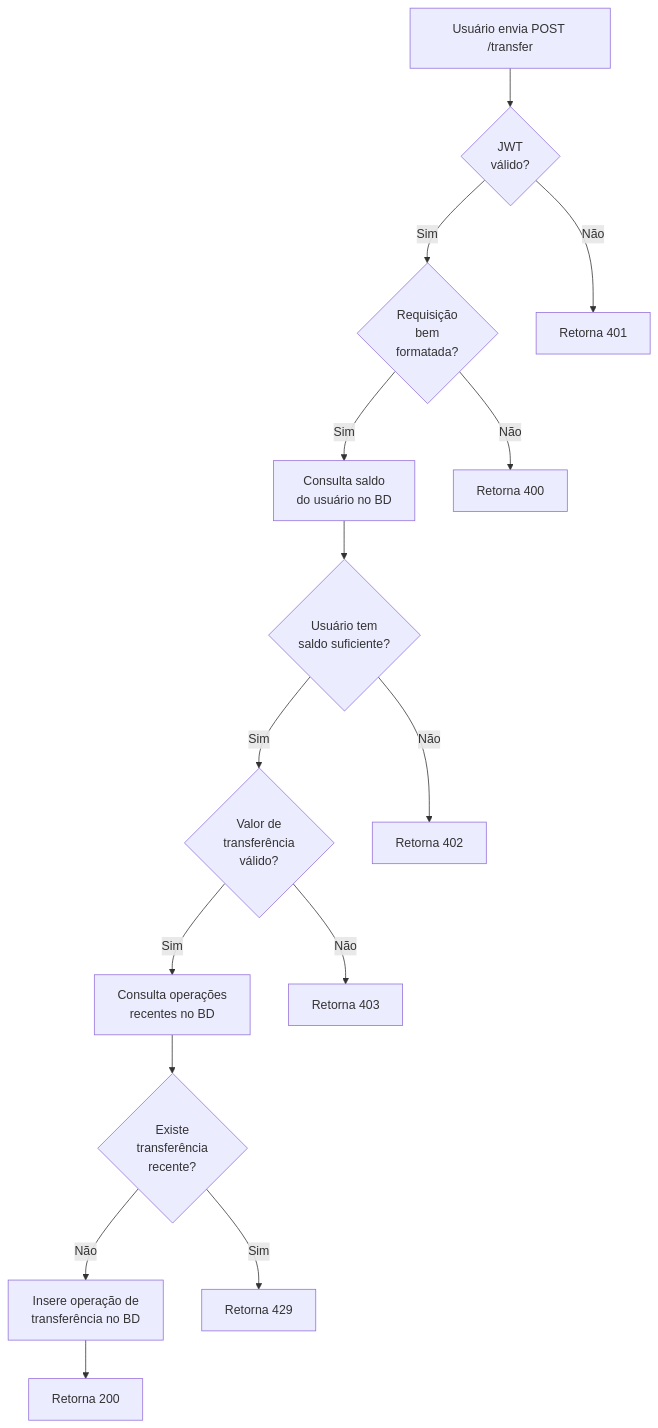
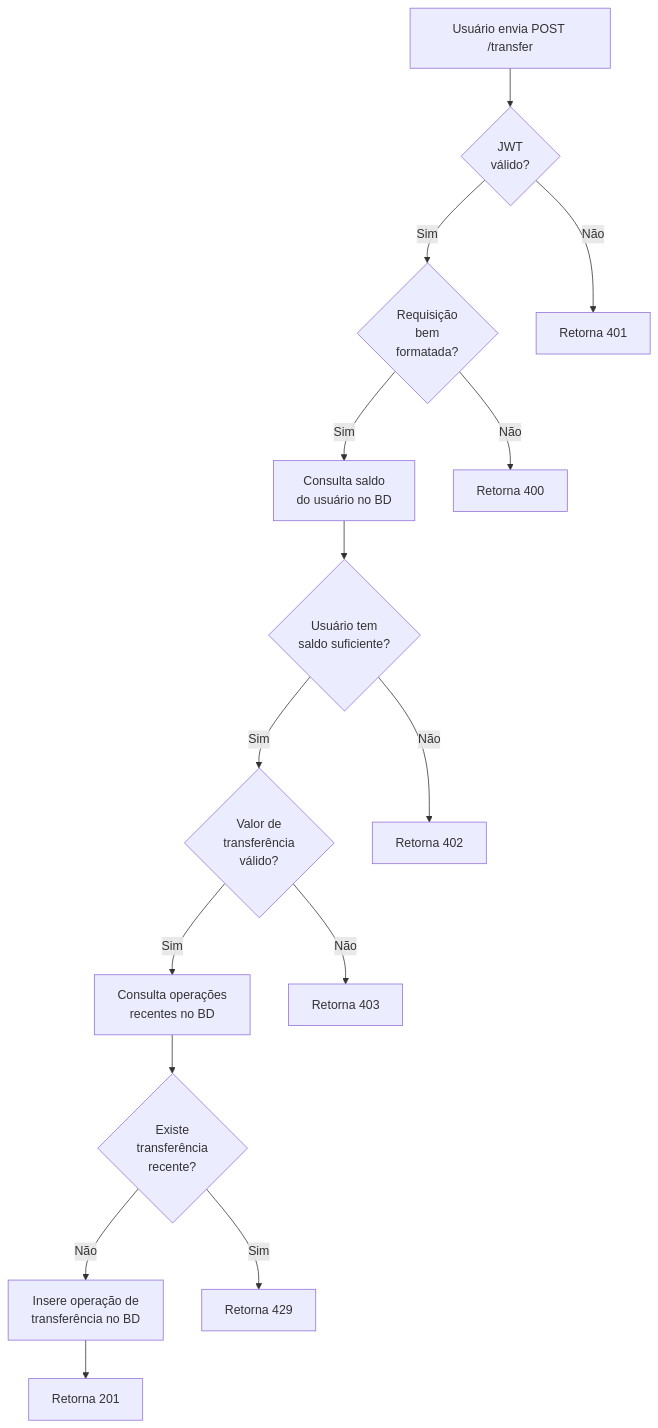
Before and after one commit to feira-de-jogos/feira-de-jogos: the seventh of 10 diagrams in v2/README.md, drawn with Mermaid. The commit also changed other lines of this file, not shown here.

````diff
--- a/v2/README.md
+++ b/v2/README.md
@@ -210,33 +210,33 @@
 ```mermaid
 flowchart TD
   A[Usuário envia POST /transfer]
   B
   C
   D[Retorna 401]
   E[Consulta saldo\ndo usuário no BD]
   F
   G[Consulta operações\nrecentes no BD]
   H[Retorna 403]
   I
   J[Retorna 429]
   K[Insere operação de\n  transferência no BD]
-  L[Retorna 200]
+  L[Retorna 201]
   M[Retorna 400]
   N[Retorna 402]
   O[Retorna 429]
 
   A --> B{JWT\nválido?}
   B -->|Sim| C{Requisição\nbem\nformatada?}
   B -->|Não| D
   C --> |Sim| E
   C --> |Não| M
   E --> F{Usuário tem\nsaldo suficiente?}
   F --> |Sim| I{Valor de\ntransferência\nválido?}
   F --> |Não| N
   I --> |Sim| G
   I --> |Não| H
   G --> J{Existe\n  transferência\nrecente?}
   J --> |Sim| O
   J --> |Não| K
   K --> L
 ```
````
